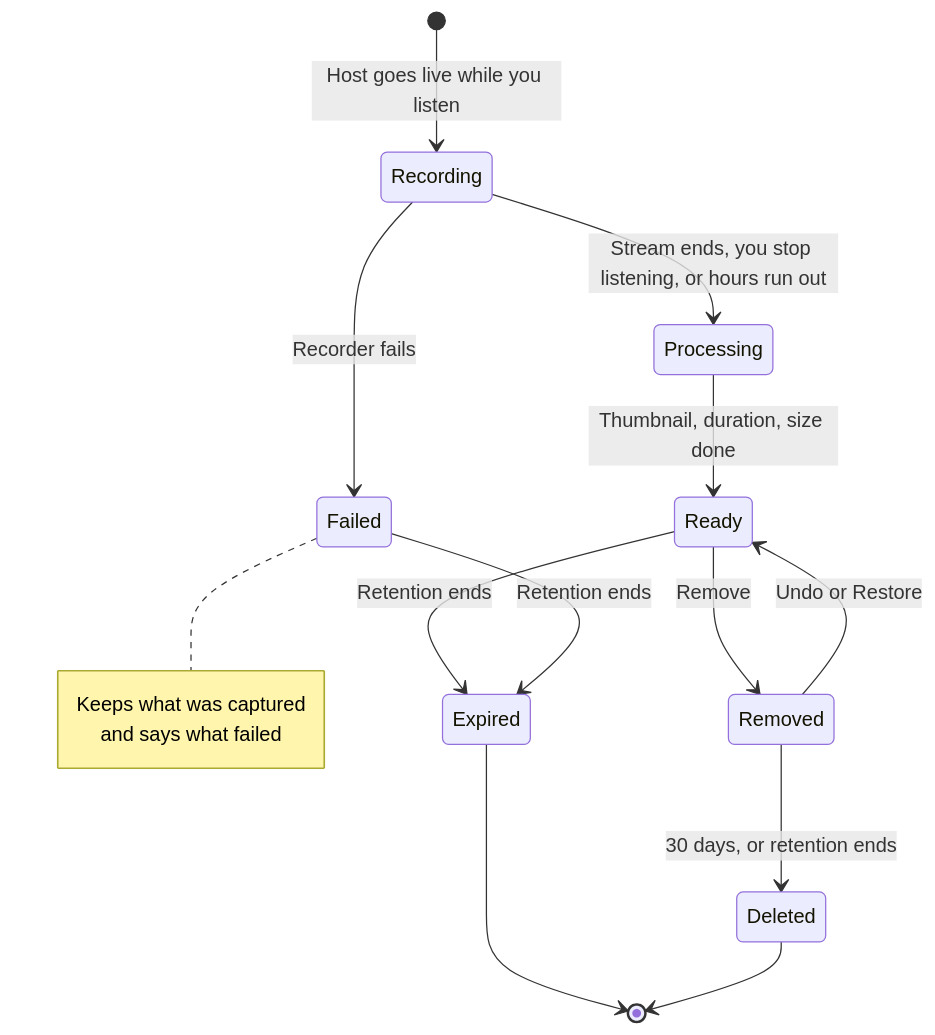
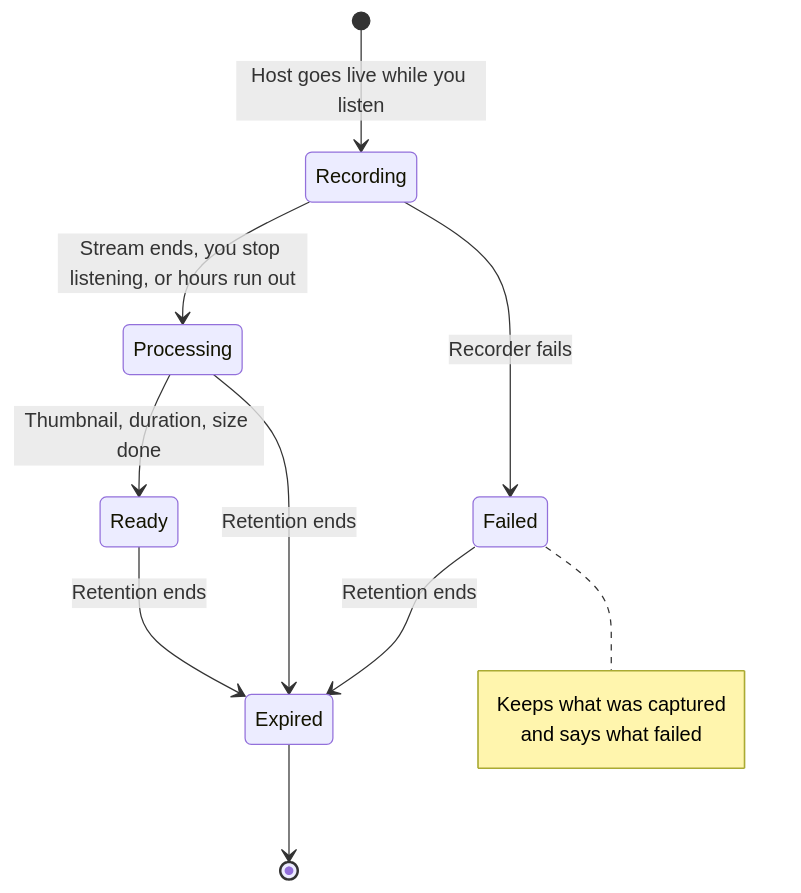
The first of 3 diagrams in docs/user-flows-recordings.md (binhld98/AutoRecordLive), drawn with Mermaid before and after one commit. The commit also changed other lines of this file and 5 other files, not shown here.

````diff
--- a/docs/user-flows-recordings.md
+++ b/docs/user-flows-recordings.md
@@ -52,18 +44,15 @@
 ```mermaid
 stateDiagram-v2
   [*] --> Recording: Host goes live while you listen
   Recording --> Processing: Stream ends, you stop listening, or hours run out
   Recording --> Failed: Recorder fails
   Processing --> Ready: Thumbnail, duration, size done
-  Ready --> Removed: Remove
-  Removed --> Ready: Undo or Restore
-  Removed --> Deleted: 30 days, or retention ends
+  Processing --> Expired: Retention ends
   Ready --> Expired: Retention ends
   Failed --> Expired: Retention ends
   Expired --> [*]
-  Deleted --> [*]
   note right of Failed
     Keeps what was captured
     and says what failed
   end note
 ```
````
